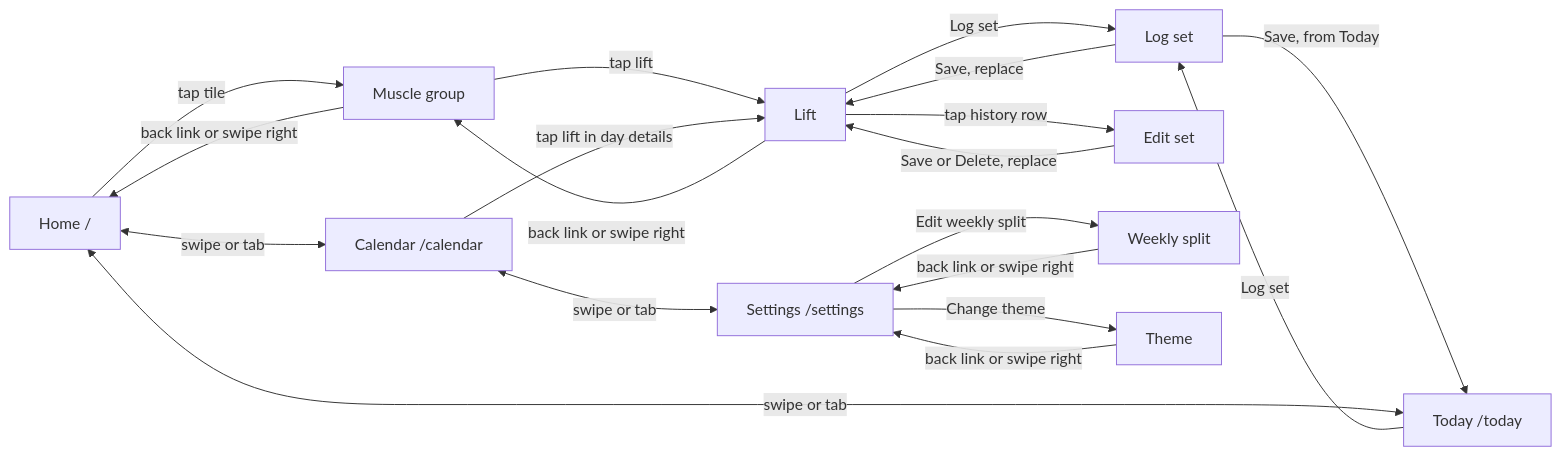
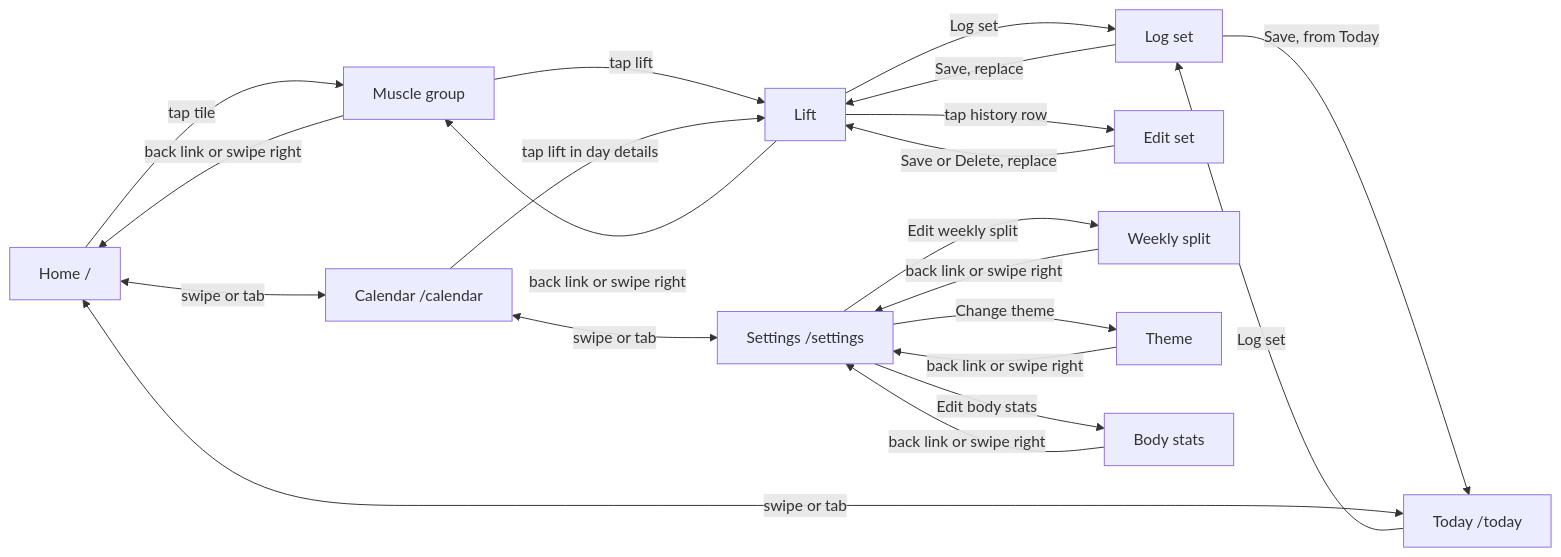
The second of 3 diagrams in docs/06-frontend/README.md (coopermay/fitness-tracker), drawn with Mermaid before and after one commit. The commit also changed other lines of this file and 39 other files, not shown here.

First line of the commit message:
Body stats in settings: calories, protein and relative strength

````diff
--- a/docs/06-frontend/README.md
+++ b/docs/06-frontend/README.md
@@ -58,21 +59,23 @@
 ```mermaid
 flowchart LR
     Home["Home /"] -->|tap tile| MG["Muscle group"]
     MG -->|tap lift| Lift["Lift"]
     Lift -->|Log set| Log["Log set"]
     Lift -->|tap history row| Edit["Edit set"]
     Log -->|Save, replace| Lift
     Edit -->|Save or Delete, replace| Lift
     MG -->|back link or swipe right| Home
     Lift -->|back link or swipe right| MG
     Cal["Calendar /calendar"] -->|tap lift in day details| Lift
     Today["Today /today"] <-->|swipe or tab| Home
     Today -->|Log set| Log
     Log -->|Save, from Today| Today
     Home <-->|swipe or tab| Cal
     Cal <-->|swipe or tab| Set["Settings /settings"]
     Set -->|Edit weekly split| Split["Weekly split"]
     Split -->|back link or swipe right| Set
     Set -->|Change theme| Theme["Theme"]
     Theme -->|back link or swipe right| Set
+    Set -->|Edit body stats| Body["Body stats"]
+    Body -->|back link or swipe right| Set
 ```
````
